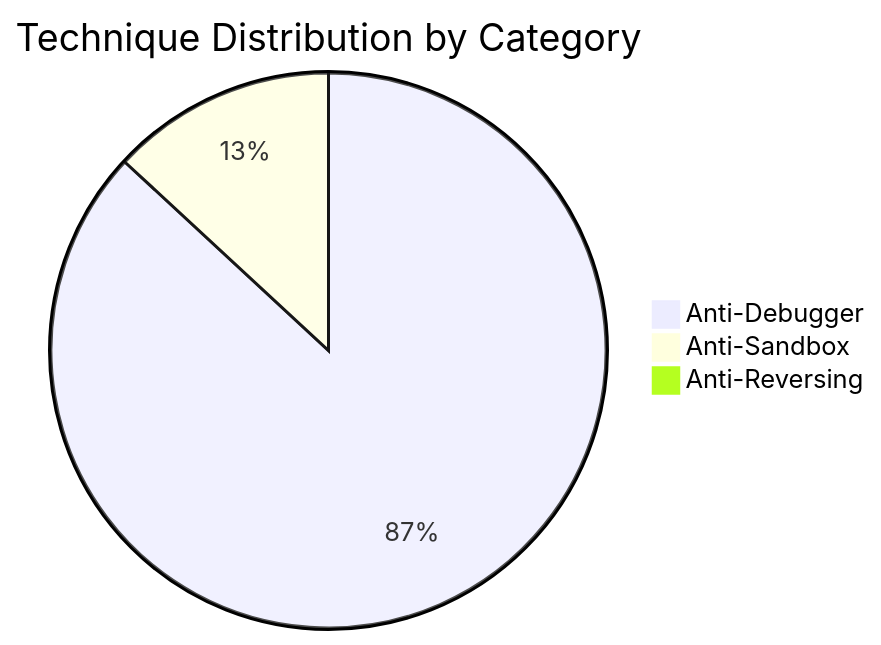
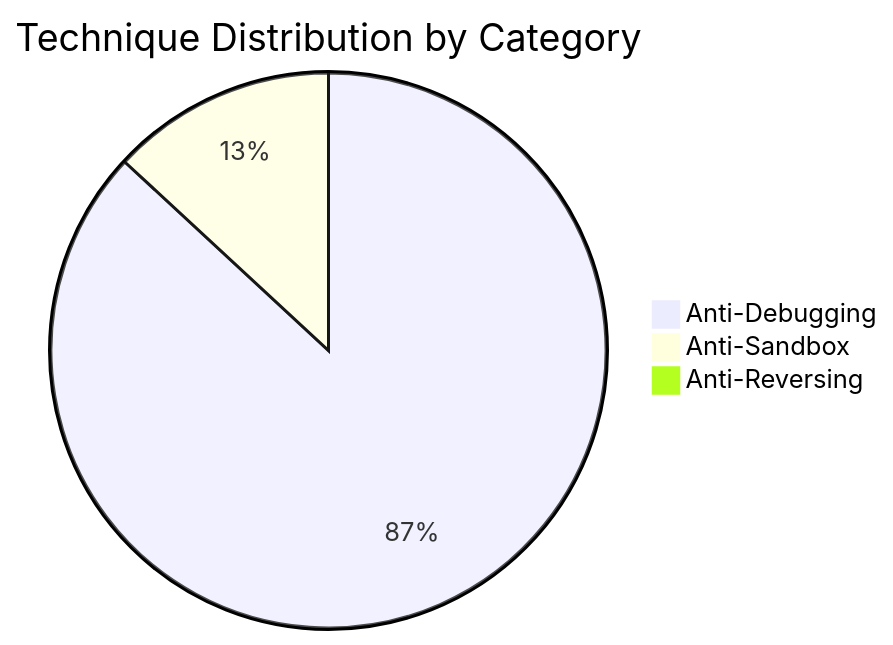
The second of 8 diagrams in docs/diagrams/taxonomy.md (mabj/anti), drawn with Mermaid before and after one commit. The commit also changed other lines of this file and 281 other files, not shown here.

Commit message:
Renaming anti-debugger category to anti-debugging

````diff
--- a/docs/diagrams/taxonomy.md
+++ b/docs/diagrams/taxonomy.md
@@ -34,6 +34,6 @@
 ```mermaid
 pie title Technique Distribution by Category
-    "Anti-Debugger" : 53
+    "Anti-Debugging" : 53
     "Anti-Sandbox" : 8
     "Anti-Reversing" : 0
 ```
````
